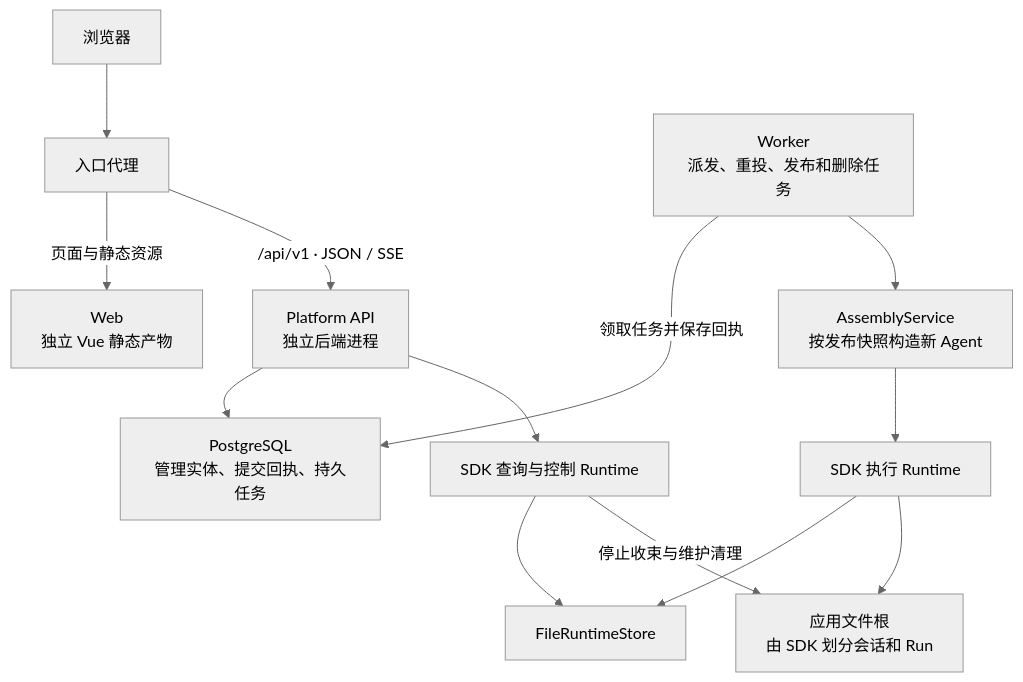
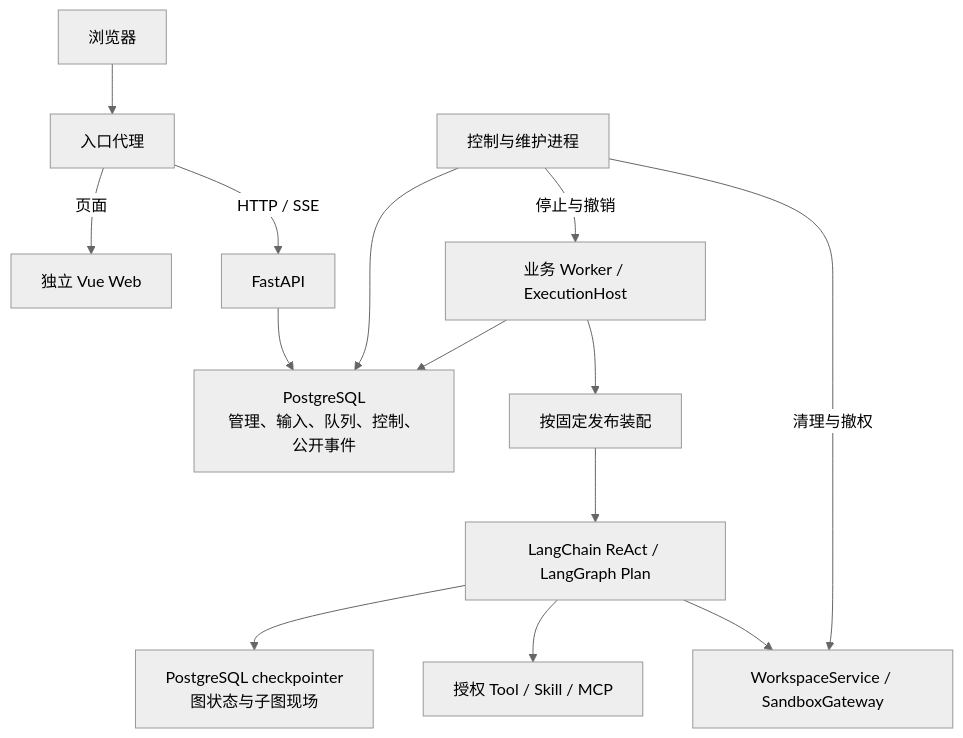
One commit to dujian0068/agent-loom changed the diagram in docs/platform/implementation-plan.md. Above: the diagram before and after it, drawn with Mermaid (neutral theme). The commit also changed other lines of this file and 26 other files, not shown here.

Commit message:
docs(platform): adopt LangChain and LangGraph runtime design

````diff
--- a/docs/platform/implementation-plan.md
+++ b/docs/platform/implementation-plan.md
@@ -40,15 +41,16 @@
 ```mermaid
 flowchart TB
     Browser["浏览器"] --> Edge["入口代理"]
-    Edge -->|页面与静态资源| Web["Web<br/>独立 Vue 静态产物"]
-    Edge -->|/api/v1 · JSON / SSE| API["Platform API<br/>独立后端进程"]
-    API --> DB["PostgreSQL<br/>管理实体、提交回执、持久任务"]
-    Worker["Worker<br/>派发、重投、发布和删除任务"] -->|领取任务并保存回执| DB
-    Worker --> Assembly["AssemblyService<br/>按发布快照构造新 Agent"]
-    Assembly --> Runtime["SDK 执行 Runtime"]
-    API --> Control["SDK 查询与控制 Runtime"]
-    Runtime --> Store["FileRuntimeStore"]
-    Control --> Store
-    Runtime --> Workspace["应用文件根<br/>由 SDK 划分会话和 Run"]
-    Control -->|停止收束与维护清理| Workspace
+    Edge -->|页面| Web["独立 Vue Web"]
+    Edge -->|HTTP / SSE| API["FastAPI"]
+    API --> DB["PostgreSQL<br/>管理、输入、队列、控制、公开事件"]
+    Worker["业务 Worker / ExecutionHost"] --> DB
+    Control["控制与维护进程"] --> DB
+    Worker --> Assembly["按固定发布装配"]
+    Assembly --> Agent["LangChain ReAct / LangGraph Plan"]
+    Agent --> CP["PostgreSQL checkpointer<br/>图状态与子图现场"]
+    Agent --> Resources["授权 Tool / Skill / MCP"]
+    Agent --> Env["WorkspaceService / SandboxGateway"]
+    Control -->|停止与撤销| Worker
+    Control -->|清理与撤权| Env
 ```
````
